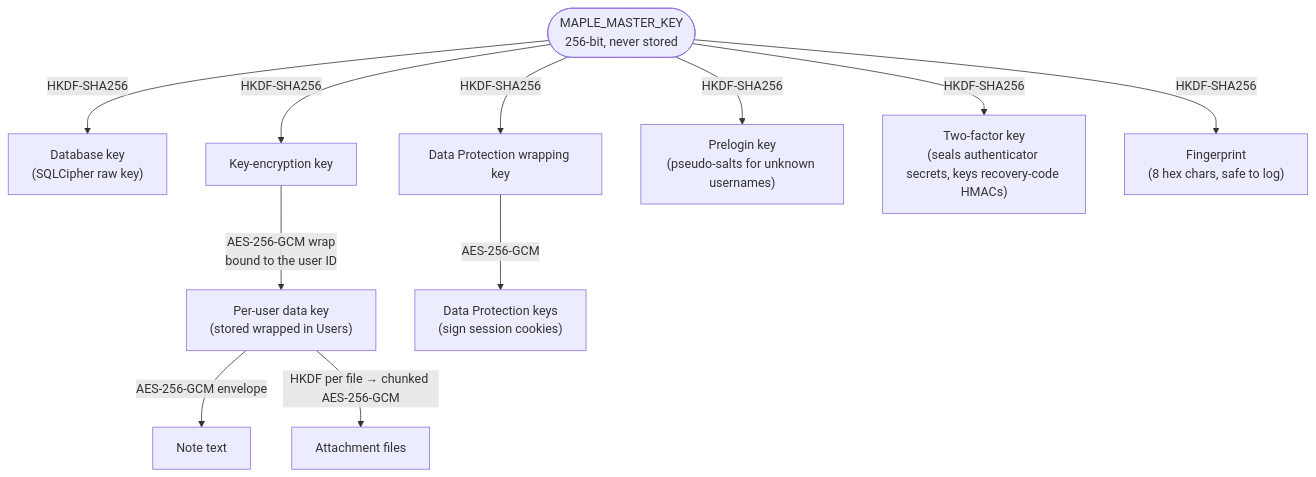
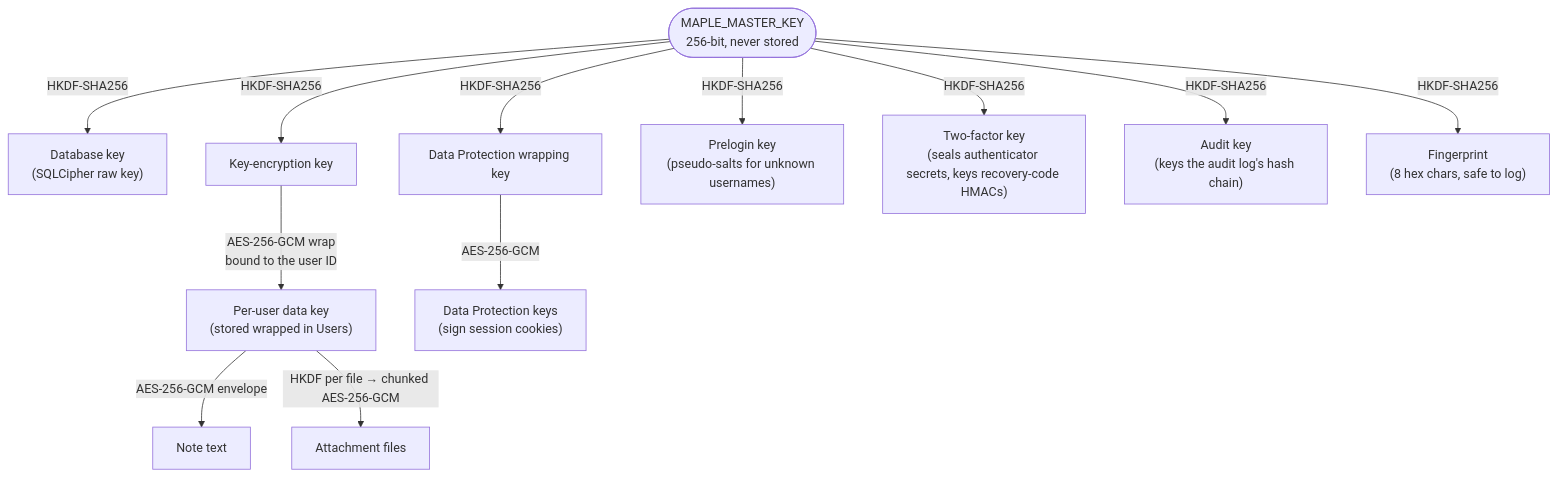
One commit to supunsarachitha/MapleNotes changed the second of 3 diagrams in docs/architecture.md. Above: the diagram before and after it, drawn with Mermaid. The commit also changed other lines of this file and 26 other files, not shown here.

Commit message:
Audit log: record own security changes, HMAC hash chain with sealed pruning anchor, verify endpoint, MAPLE_AUDIT_STDOUT (#129)

````diff
--- a/docs/architecture.md
+++ b/docs/architecture.md
@@ -140,13 +141,14 @@
 ```mermaid
 flowchart TD
     mk(["MAPLE_MASTER_KEY<br/>256-bit, never stored"]) -- HKDF-SHA256 --> dbk["Database key<br/>(SQLCipher raw key)"]
     mk -- HKDF-SHA256 --> kek["Key-encryption key"]
     mk -- HKDF-SHA256 --> dpk["Data Protection wrapping key"]
     mk -- HKDF-SHA256 --> pk["Prelogin key<br/>(pseudo-salts for unknown usernames)"]
     mk -- HKDF-SHA256 --> tfk["Two-factor key<br/>(seals authenticator secrets, keys recovery-code HMACs)"]
+    mk -- HKDF-SHA256 --> ak["Audit key<br/>(keys the audit log's hash chain)"]
     mk -- HKDF-SHA256 --> fp["Fingerprint<br/>(8 hex chars, safe to log)"]
     kek -- "AES-256-GCM wrap<br/>bound to the user ID" --> dek["Per-user data key<br/>(stored wrapped in Users)"]
     dek -- "AES-256-GCM envelope" --> notes["Note text"]
     dek -- "HKDF per file → chunked AES-256-GCM" --> att["Attachment files"]
     dpk -- "AES-256-GCM" --> ring["Data Protection keys<br/>(sign session cookies)"]
 ```
````
